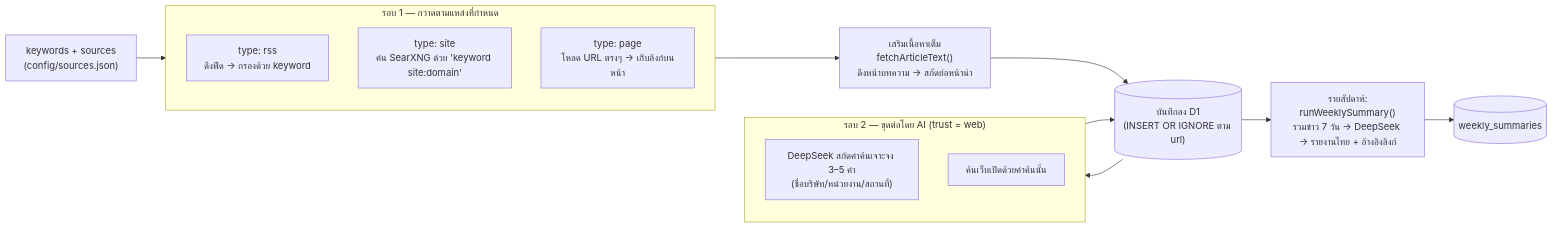
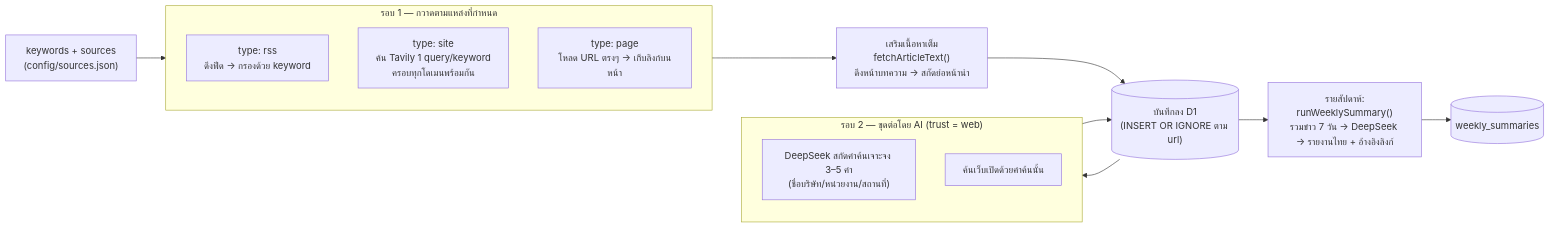
One commit to songpont/searxng-cloudflare changed the second of 2 diagrams in README.md. Above: the diagram before and after it, drawn with Mermaid. The commit also changed other lines of this file and 6 other files, not shown here.

````diff
--- a/README.md
+++ b/README.md
@@ -79,25 +80,25 @@
 ```mermaid
 flowchart LR
     K["keywords + sources<br/>(config/sources.json)"] --> R1
 
     subgraph R1["รอบ 1 — กวาดตามแหล่งที่กำหนด"]
         RSS["type: rss<br/>ดึงฟีด → กรองด้วย keyword"]
-        SITE["type: site<br/>ค้น SearXNG ด้วย 'keyword site:domain'"]
+        SITE["type: site<br/>ค้น Tavily 1 query/keyword<br/>ครอบทุกโดเมนพร้อมกัน"]
         PAGE["type: page<br/>โหลด URL ตรงๆ → เก็บลิงก์บนหน้า"]
     end
 
     R1 --> ENRICH["เสริมเนื้อหาเต็ม<br/>fetchArticleText()<br/>ดึงหน้าบทความ → สกัดย่อหน้านำ"]
     ENRICH --> INS[("บันทึกลง D1<br/>(INSERT OR IGNORE ตาม url)")]
 
     INS --> R2
 
     subgraph R2["รอบ 2 — ขุดต่อโดย AI (trust = web)"]
         Q["DeepSeek สกัดคำค้นเจาะจง 3–5 คำ<br/>(ชื่อบริษัท/หน่วยงาน/สถานที่)"]
         WEB["ค้นเว็บเปิดด้วยคำค้นนั้น"]
     end
 
     R2 --> INS
 
     INS --> SUM["รายสัปดาห์:<br/>runWeeklySummary()<br/>รวมข่าว 7 วัน → DeepSeek → รายงานไทย + อ้างอิงลิงก์"]
     SUM --> SDB[("weekly_summaries")]
 ```
````
